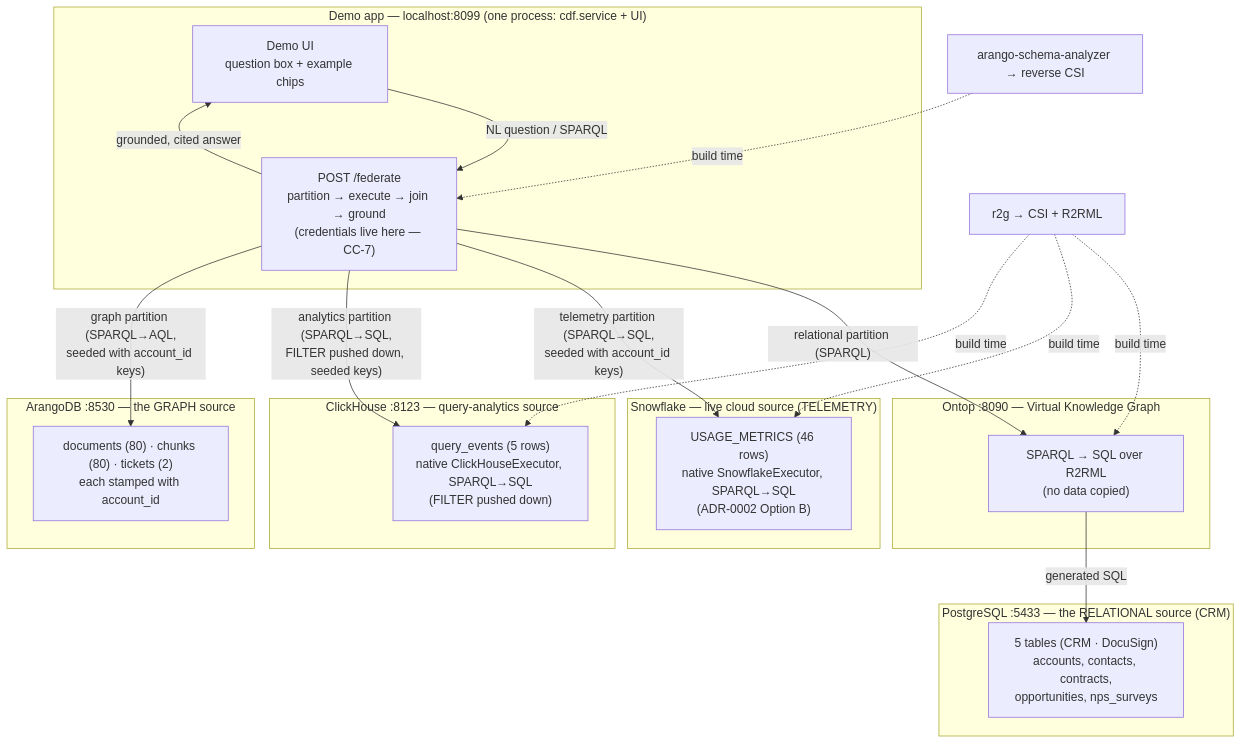
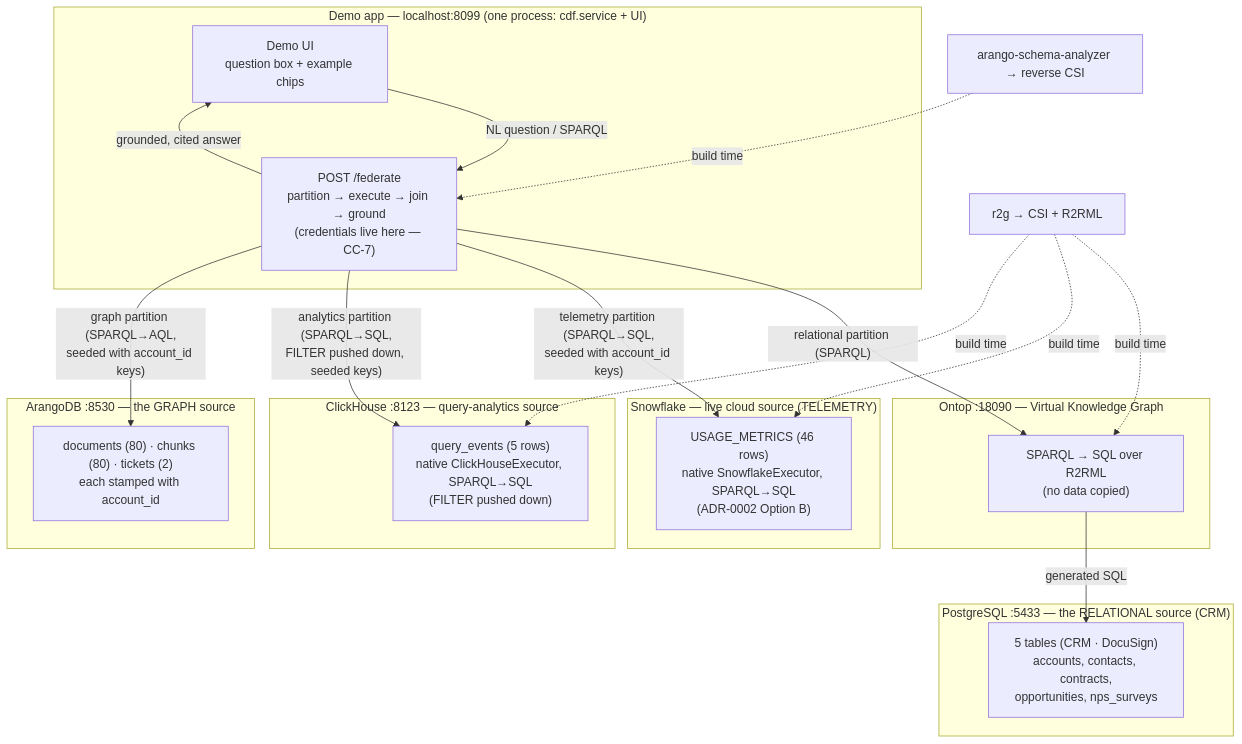
One commit to ArthurKeen/contextual-data-fabric changed the diagram in deploy/README.md. Above: the diagram before and after it, drawn with Mermaid. The commit also changed 1 other file, not shown here.

Commit message:
fix(deploy): sweep the last two copies of the Ontop port; guard the server fallback
The env-pin fix covered ci.yml, but two copies of the old 8090 constant
remained: deploy/demo/server.py's setdefault fallbacks (a bare
'python deploy/demo/server.py' without DEMO_ENV renders a healthy-looking
UI over a silently dead Postgres leg — the same disguise as the other
three incidents) and the deploy/README topology diagram. Both now say
18090, and test_deploy_ports.py gains a case asserting the server
fallbacks match the Makefile's CDF_ONTOP_PORT default, so the fourth
copy of the constant fails loudly and offline like the other three.

````diff
--- a/deploy/README.md
+++ b/deploy/README.md
@@ -46,36 +46,36 @@
 ```mermaid
 flowchart TB
     subgraph app["Demo app — localhost:8099 (one process: cdf.service + UI)"]
         UI["Demo UI<br/>question box + example chips"]
         E["POST /federate<br/>partition → execute → join → ground<br/>(credentials live here — CC-7)"]
         UI -->|"NL question / SPARQL"| E
     end
 
     subgraph pg["PostgreSQL :5433 — the RELATIONAL source (CRM)"]
         PGT["5 tables (CRM · DocuSign)<br/>accounts, contacts, contracts,<br/>opportunities, nps_surveys"]
     end
-    subgraph ontop["Ontop :8090 — Virtual Knowledge Graph"]
+    subgraph ontop["Ontop :18090 — Virtual Knowledge Graph"]
         ONT["SPARQL → SQL over R2RML<br/>(no data copied)"]
     end
     subgraph snow["Snowflake — live cloud source (TELEMETRY)"]
         SNT["USAGE_METRICS (46 rows)<br/>native SnowflakeExecutor, SPARQL→SQL<br/>(ADR-0002 Option B)"]
     end
     subgraph ch["ClickHouse :8123 — query-analytics source"]
         CHT["query_events (5 rows)<br/>native ClickHouseExecutor, SPARQL→SQL<br/>(FILTER pushed down)"]
     end
     subgraph adb["ArangoDB :8530 — the GRAPH source"]
         ADBC["documents (80) · chunks (80) · tickets (2)<br/>each stamped with account_id"]
     end
 
     E -->|"relational partition (SPARQL)"| ONT
     ONT -->|"generated SQL"| PGT
     E -->|"telemetry partition (SPARQL→SQL,<br/>seeded with account_id keys)"| SNT
     E -->|"analytics partition (SPARQL→SQL,<br/>FILTER pushed down, seeded keys)"| CHT
     E -->|"graph partition (SPARQL→AQL,<br/>seeded with account_id keys)"| ADBC
     E -->|"grounded, cited answer"| UI
 
     RSA["r2g → CSI + R2RML"] -.->|build time| ONT
     RSA -.->|build time| SNT
     RSA -.->|build time| CHT
     ANA["arango-schema-analyzer → reverse CSI"] -.->|build time| E
 ```
````
